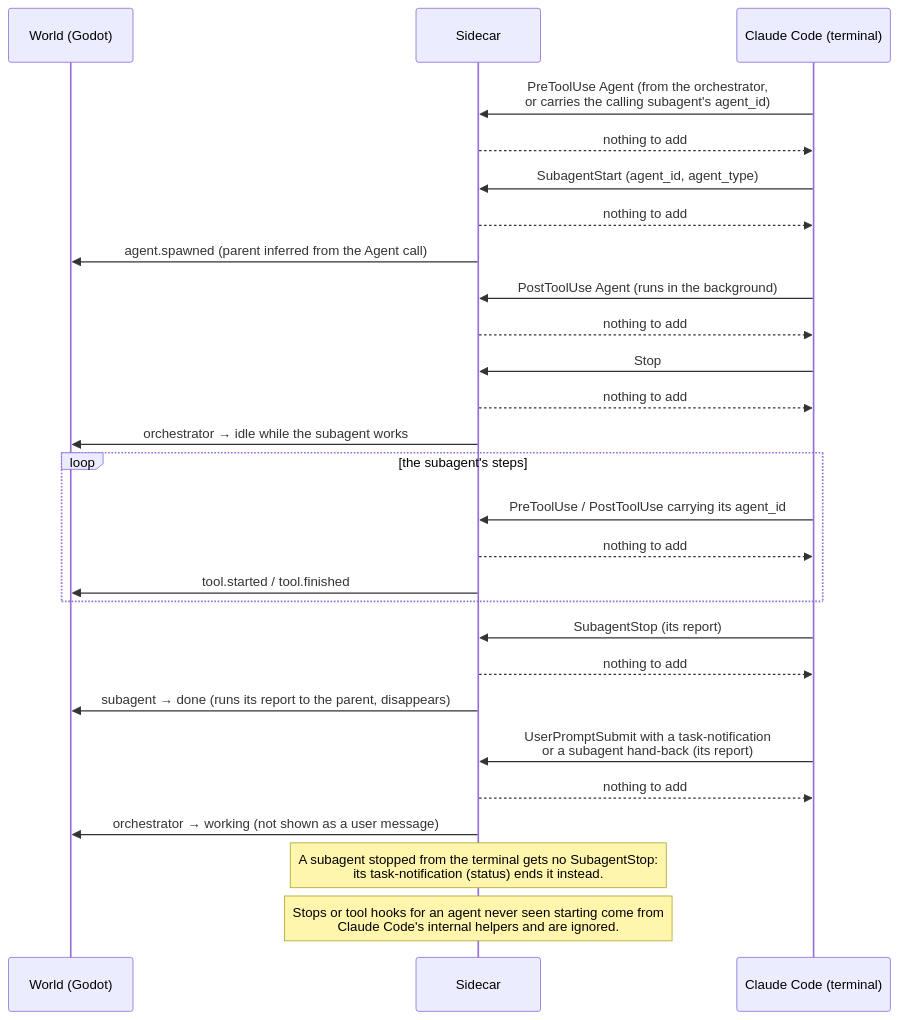
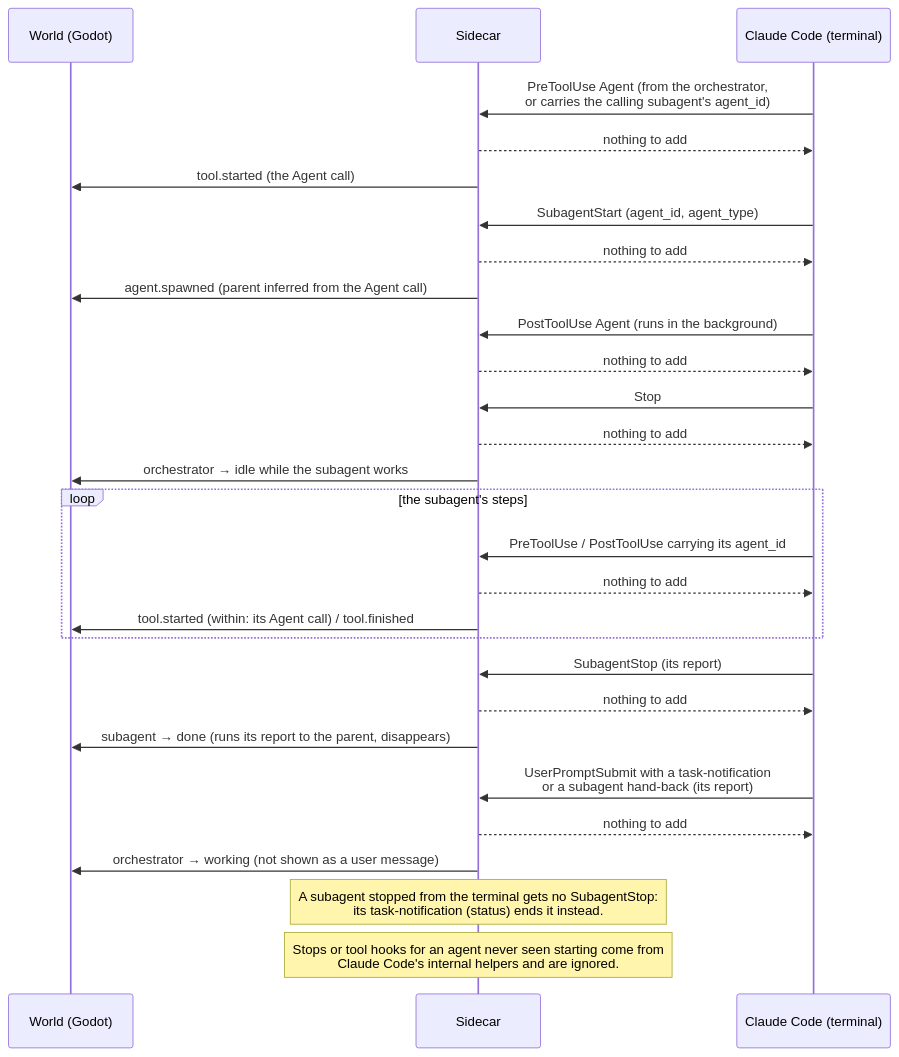
The sixth of 10 diagrams in docs/flows.md (PaoloPortugal/The-Beach), drawn with Mermaid before and after one commit. The commit also changed other lines of this file and 4 other files, not shown here.

Commit message:
Docs: C04 built; the tool-call log in NOTES, the guide, flows and dev log

````diff
--- a/docs/flows.md
+++ b/docs/flows.md
@@ -268,30 +269,31 @@
 ```mermaid
 sequenceDiagram
     participant World as World (Godot)
     participant Sidecar
     participant Claude as Claude Code (terminal)
 
     Claude->>Sidecar: PreToolUse Agent (from the orchestrator,<br/>or carries the calling subagent's agent_id)
     Sidecar-->>Claude: nothing to add
+    Sidecar->>World: tool.started (the Agent call)
     Claude->>Sidecar: SubagentStart (agent_id, agent_type)
     Sidecar-->>Claude: nothing to add
     Sidecar->>World: agent.spawned (parent inferred from the Agent call)
     Claude->>Sidecar: PostToolUse Agent (runs in the background)
     Sidecar-->>Claude: nothing to add
     Claude->>Sidecar: Stop
     Sidecar-->>Claude: nothing to add
     Sidecar->>World: orchestrator → idle while the subagent works
     loop the subagent's steps
         Claude->>Sidecar: PreToolUse / PostToolUse carrying its agent_id
         Sidecar-->>Claude: nothing to add
-        Sidecar->>World: tool.started / tool.finished
+        Sidecar->>World: tool.started (within: its Agent call) / tool.finished
     end
     Claude->>Sidecar: SubagentStop (its report)
     Sidecar-->>Claude: nothing to add
     Sidecar->>World: subagent → done (runs its report to the parent, disappears)
     Claude->>Sidecar: UserPromptSubmit with a task-notification<br/>or a subagent hand-back (its report)
     Sidecar-->>Claude: nothing to add
     Sidecar->>World: orchestrator → working (not shown as a user message)
     Note over Sidecar: A subagent stopped from the terminal gets no SubagentStop:<br/>its task-notification (status) ends it instead.
     Note over Sidecar: Stops or tool hooks for an agent never seen starting come from<br/>Claude Code's internal helpers and are ignored.
 ```
````
